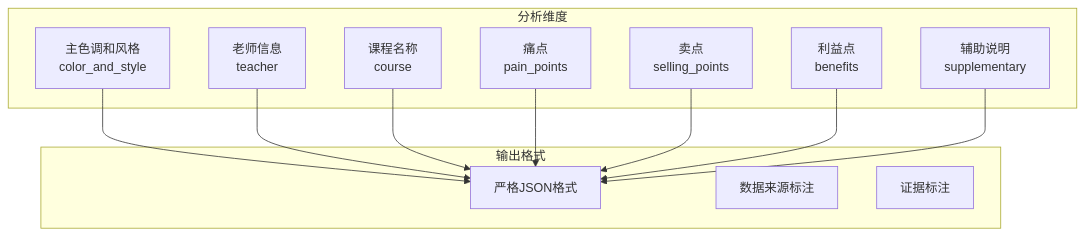
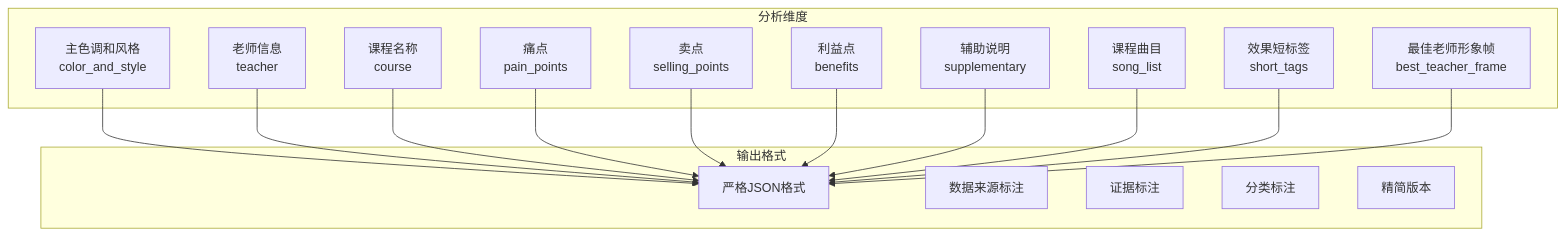
One commit to WongMingJiu/landingpage-test-hero-page changed the sixth of 9 diagrams in .qoder/repowiki/zh/content/配置和定制/配置和定制.md. Above: the diagram before and after it, drawn with Mermaid. The commit also changed other lines of this file and 5 other files, not shown here.

Commit message:
feat: 更新 skill 支持双模式（视频分析+生图），更新 README

````diff
--- a/.qoder/repowiki/zh/content/配置和定制/配置和定制.md
+++ b/.qoder/repowiki/zh/content/配置和定制/配置和定制.md
@@ -258,24 +271,32 @@
 ```mermaid
 graph TB
 subgraph "分析维度"
 ColorStyle[主色调和风格<br/>color_and_style]
 Teacher[老师信息<br/>teacher]
 Course[课程名称<br/>course]
 PainPoints[痛点<br/>pain_points]
 SellingPoints[卖点<br/>selling_points]
 Benefits[利益点<br/>benefits]
 Supplementary[辅助说明<br/>supplementary]
+SongList[课程曲目<br/>song_list]
+ShortTags[效果短标签<br/>short_tags]
+BestFrame[最佳老师形象帧<br/>best_teacher_frame]
 end
 subgraph "输出格式"
 JSON[严格JSON格式]
 Source[数据来源标注]
 Evidence[证据标注]
+Category[分类标注]
+ShortForm[精简版本]
 end
 ColorStyle --> JSON
 Teacher --> JSON
 Course --> JSON
 PainPoints --> JSON
 SellingPoints --> JSON
 Benefits --> JSON
 Supplementary --> JSON
+SongList --> JSON
+ShortTags --> JSON
+BestFrame --> JSON
 ```
````
